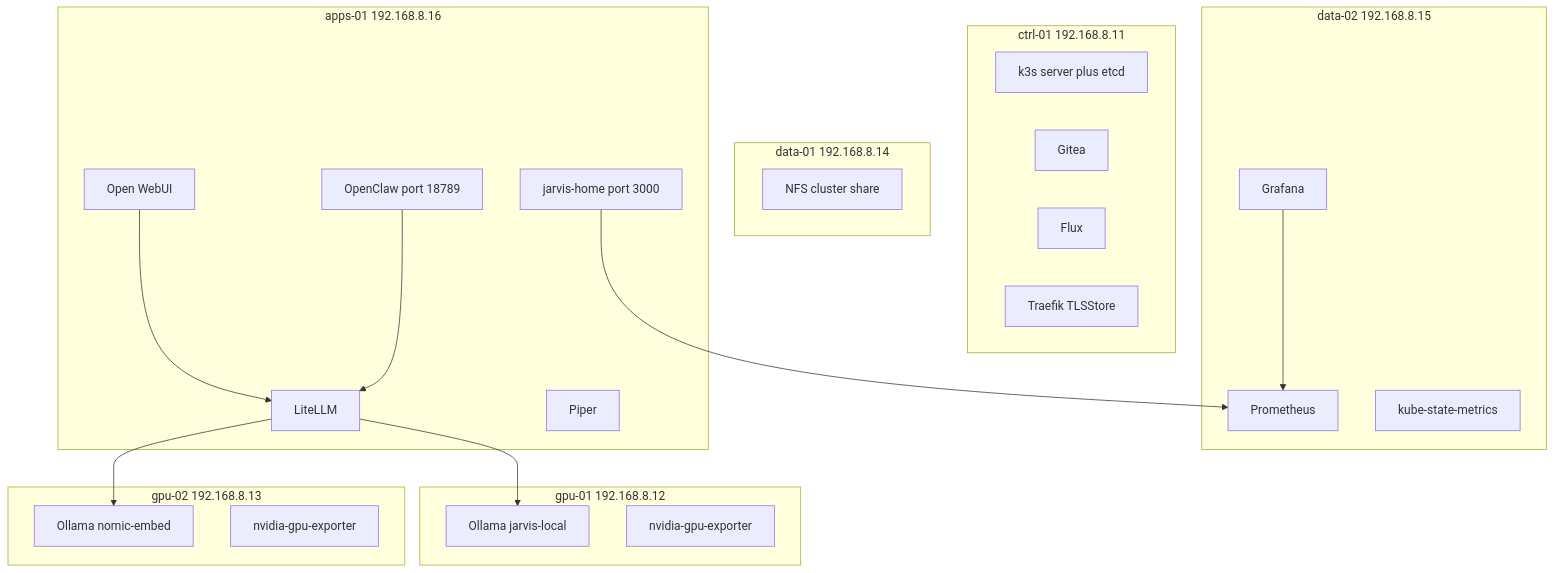
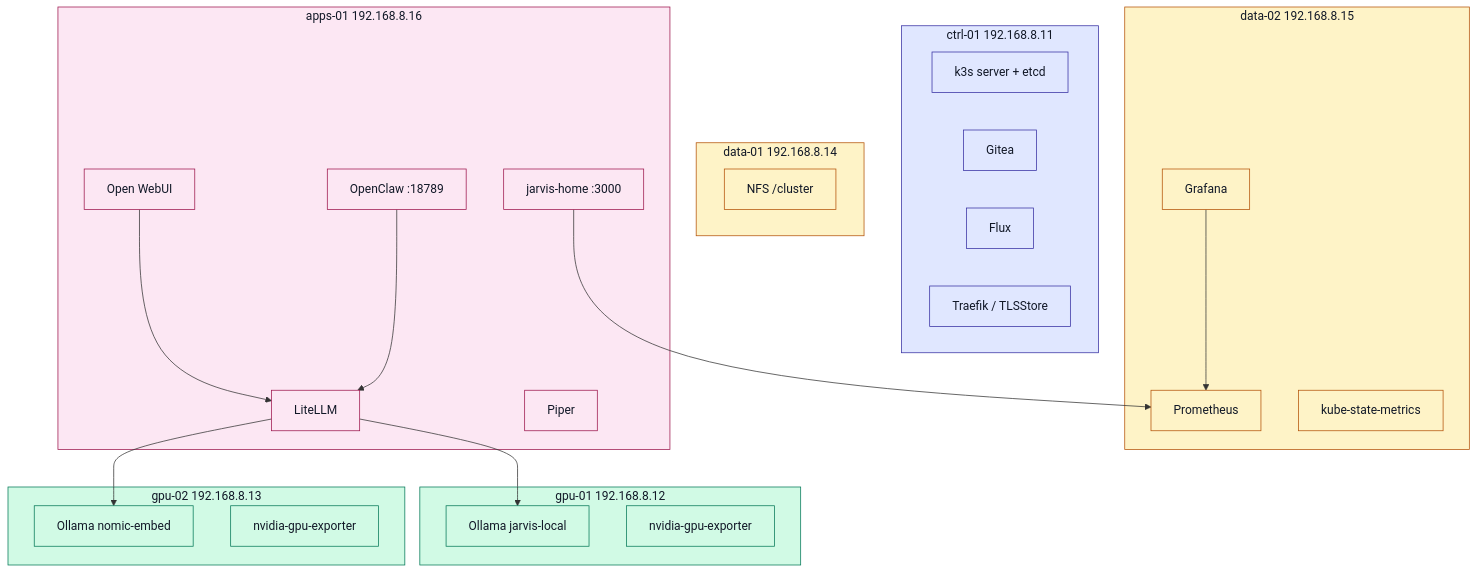
The fourth of 4 diagrams in README.md (gordoncooper/jarvis-cluster), drawn with Mermaid before and after one commit. The commit also changed other lines of this file, not shown here.

Commit message:
docs: richer architecture README (GitOps + inference path)

````diff
--- a/README.md
+++ b/README.md
@@ -37,38 +87,48 @@
 ```mermaid
 flowchart TB
-  subgraph nctrl["ctrl-01 192.168.8.11"]
-    k3s["k3s server plus etcd"]
+  classDef ctrl fill:#e0e7ff,stroke:#3730a3,color:#111827
+  classDef gpu fill:#d1fae5,stroke:#047857,color:#111827
+  classDef store fill:#fef3c7,stroke:#b45309,color:#111827
+  classDef apps fill:#fce7f3,stroke:#9d174d,color:#111827
+
+  subgraph nctrl["ctrl-01  192.168.8.11"]
+    k3s["k3s server + etcd"]
     giteaN["Gitea"]
     flux["Flux"]
-    traefik["Traefik TLSStore"]
+    traefik["Traefik / TLSStore"]
   end
-  subgraph ngpu1["gpu-01 192.168.8.12"]
+  subgraph ngpu1["gpu-01  192.168.8.12"]
     ollama["Ollama jarvis-local"]
     gex1["nvidia-gpu-exporter"]
   end
-  subgraph ngpu2["gpu-02 192.168.8.13"]
+  subgraph ngpu2["gpu-02  192.168.8.13"]
     embed["Ollama nomic-embed"]
     gex2["nvidia-gpu-exporter"]
   end
-  subgraph ndata1["data-01 192.168.8.14"]
-    nfs["NFS cluster share"]
+  subgraph ndata1["data-01  192.168.8.14"]
+    nfs["NFS /cluster"]
   end
-  subgraph ndata2["data-02 192.168.8.15"]
+  subgraph ndata2["data-02  192.168.8.15"]
     prom["Prometheus"]
     graf["Grafana"]
     ksm["kube-state-metrics"]
   end
-  subgraph napps["apps-01 192.168.8.16"]
+  subgraph napps["apps-01  192.168.8.16"]
     webui["Open WebUI"]
     litellm["LiteLLM"]
     piper["Piper"]
-    claw["OpenClaw port 18789"]
-    home["jarvis-home port 3000"]
+    claw["OpenClaw :18789"]
+    home["jarvis-home :3000"]
   end
   webui --> litellm
   claw --> litellm
   litellm --> ollama
   litellm --> embed
   home --> prom
   graf --> prom
+
+  class nctrl,k3s,giteaN,flux,traefik ctrl
+  class ngpu1,ngpu2,ollama,embed,gex1,gex2 gpu
+  class ndata1,ndata2,nfs,prom,graf,ksm store
+  class napps,webui,litellm,piper,claw,home apps
 ```
````
